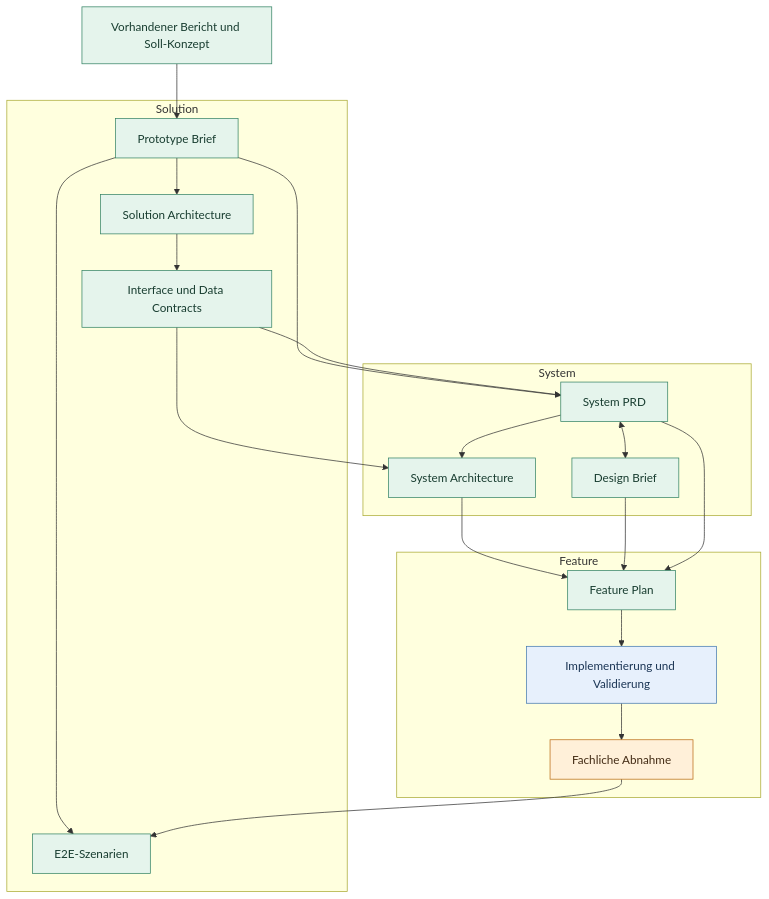
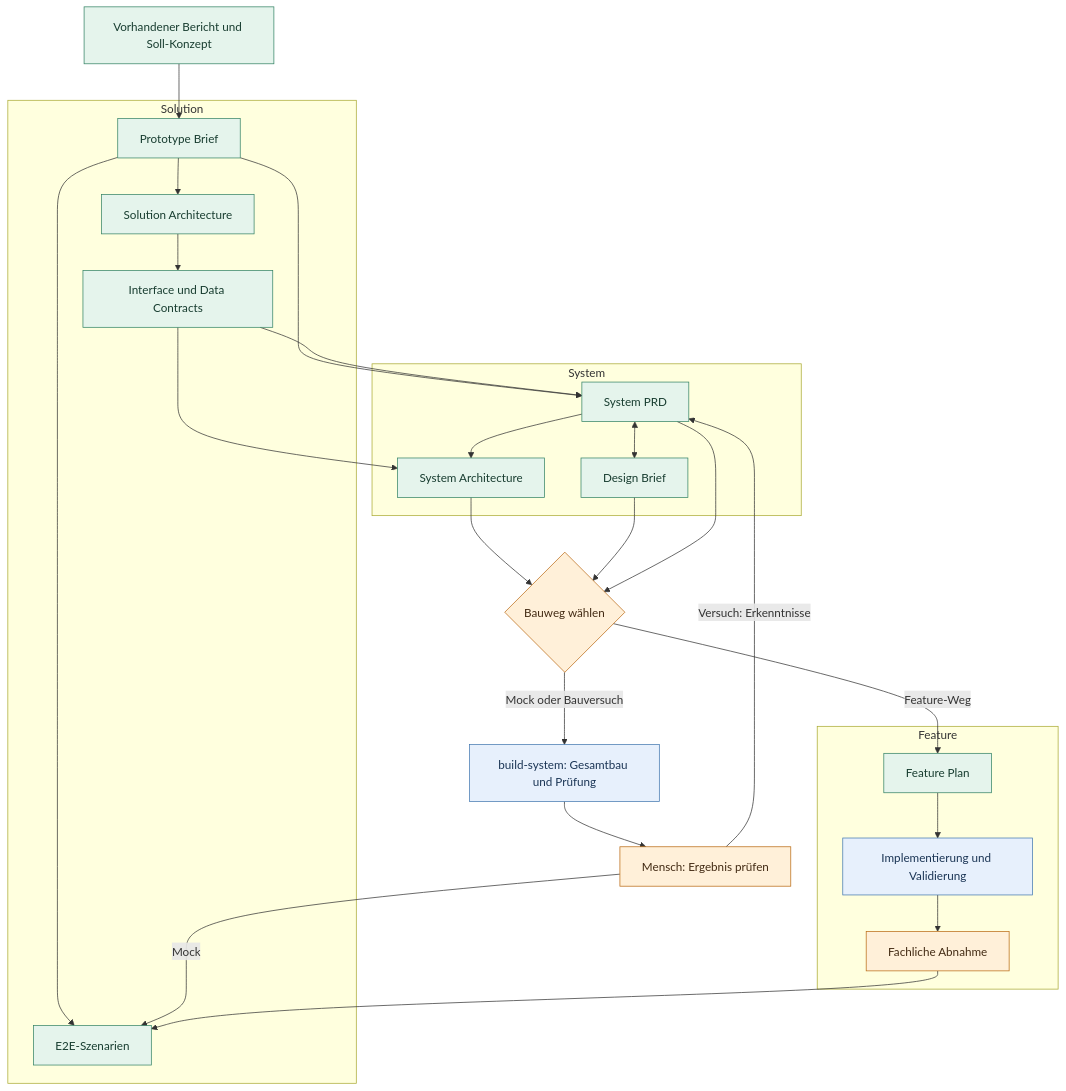
One commit to scepbjoern/cas-prdig-starter-kit-system changed the first of 5 diagrams in docs/course/DIAGRAMS.md. Above: the diagram before and after it, drawn with Mermaid. The commit also changed other lines of this file and 39 other files, not shown here.

Commit message:
Publish preview.6: system build workflow, planning guidance and tested web profile

```diff
--- a/docs/course/DIAGRAMS.md
+++ b/docs/course/DIAGRAMS.md
@@ -9,30 +9,35 @@
 ~~~mermaid
 flowchart TB
   R[Vorhandener Bericht und Soll-Konzept] --> B[Prototype Brief]
   subgraph SOL[Solution]
     B --> SA[Solution Architecture]
     SA --> IC[Interface und Data Contracts]
     B --> ES[E2E-Szenarien]
   end
   subgraph SYS[System]
     P[System PRD] --> A[System Architecture]
     P <--> D[Design Brief]
   end
   subgraph FEA[Feature]
     F[Feature Plan] --> I[Implementierung und Validierung]
     I --> H[Fachliche Abnahme]
   end
   B --> P
   IC --> P
   IC --> A
-  A --> F
-  D --> F
-  P --> F
+  A --> W{Bauweg wählen}
+  D --> W
+  P --> W
+  W -->|Feature-Weg| F
+  W -->|Mock oder Bauversuch| G[build-system: Gesamtbau und Prüfung]
+  G --> MH[Mensch: Ergebnis prüfen]
+  MH -->|Mock| ES
+  MH -->|Versuch: Erkenntnisse| P
   H --> ES
   classDef human fill:#fff0d9,stroke:#ba6b15,color:#432b14
   classDef artifact fill:#e5f4ec,stroke:#348365,color:#183d30
   classDef agent fill:#e7f0fc,stroke:#4378b0,color:#1b3555
-  class H human
+  class H,MH,W human
   class R,B,SA,IC,ES,P,A,D,F artifact
-  class I agent
+  class I,G agent
 ~~~
```
